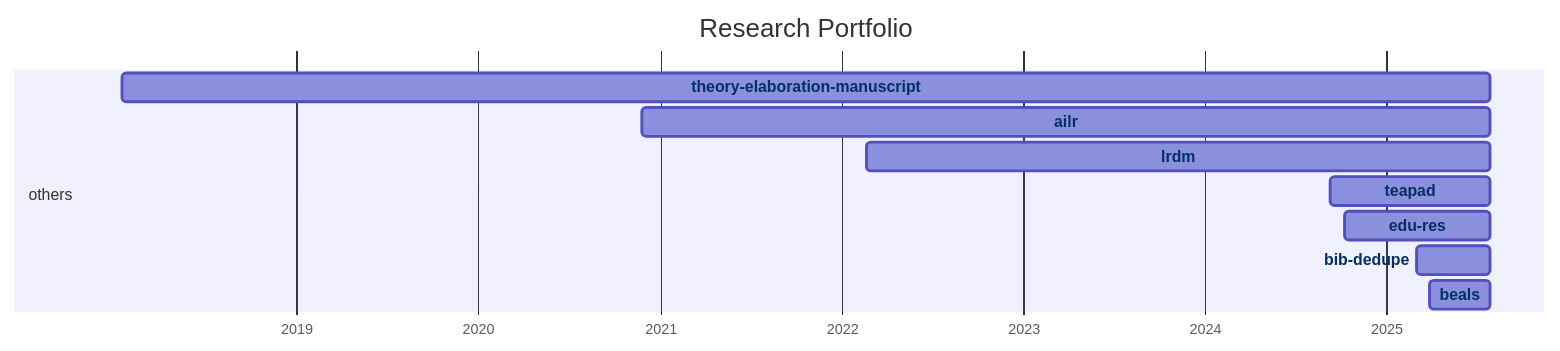
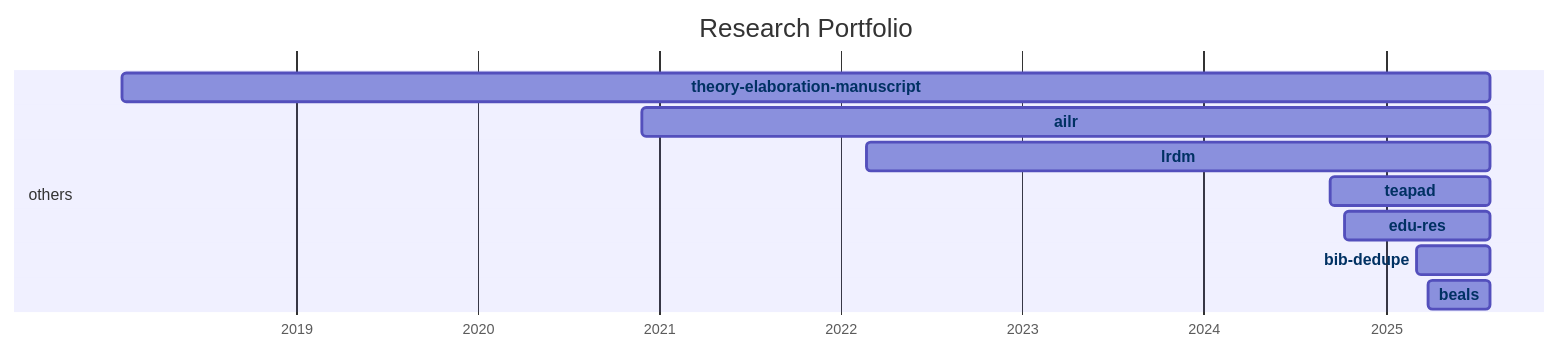
The diagram in docs/20-research/25-projects-gantt.md (digital-work-lab/handbook), drawn with Mermaid before and after one commit.

Commit message:
Update repository overview

````diff
--- a/docs/20-research/25-projects-gantt.md
+++ b/docs/20-research/25-projects-gantt.md
@@ -8,33 +8,33 @@
 ```mermaid
 ---
 displayMode: compact
 ---
 gantt
 title Research Portfolio
 dateFormat YYYY-MM-DD
 axisFormat %Y
 
     section work_practices
 
     section distributed_organizing
 
     section knowledge_synthesis
 
     section others
-        beals :beals, 2025-03-28, 2025-07-29
-        bib-dedupe :bib-dedupe, 2025-03-04, 2025-07-29
-        edu-res :edu-res, 2024-10-10, 2025-07-29
-        teapad :teapad, 2024-09-10, 2025-07-29
-        lrdm :lrdm, 2022-02-20, 2025-07-29
-        ailr :ailr, 2020-11-26, 2025-07-29
-        theory-elaboration-manuscript :theory-elaboration-manuscript, 2018-01-15, 2025-07-29
+        beals :beals, 2025-03-28, 2025-07-30
+        bib-dedupe :bib-dedupe, 2025-03-04, 2025-07-30
+        edu-res :edu-res, 2024-10-10, 2025-07-30
+        teapad :teapad, 2024-09-10, 2025-07-30
+        lrdm :lrdm, 2022-02-20, 2025-07-30
+        ailr :ailr, 2020-11-26, 2025-07-30
+        theory-elaboration-manuscript :theory-elaboration-manuscript, 2018-01-15, 2025-07-30
 
 
     click beals href "{{ site.baseurl }}/docs/10-lab/18-resources/beals.html"
     click bib-dedupe href "{{ site.baseurl }}/docs/10-lab/18-resources/bib-dedupe.html"
     click edu-res href "{{ site.baseurl }}/docs/10-lab/18-resources/edu-res.html"
     click teapad href "{{ site.baseurl }}/docs/10-lab/18-resources/teapad.html"
     click lrdm href "{{ site.baseurl }}/docs/10-lab/18-resources/lrdm.html"
     click ailr href "{{ site.baseurl }}/docs/10-lab/18-resources/ailr.html"
     click theory-elaboration-manuscript href "{{ site.baseurl }}/docs/10-lab/18-resources/theory-elaboration-manuscript.html"
 ```
````
